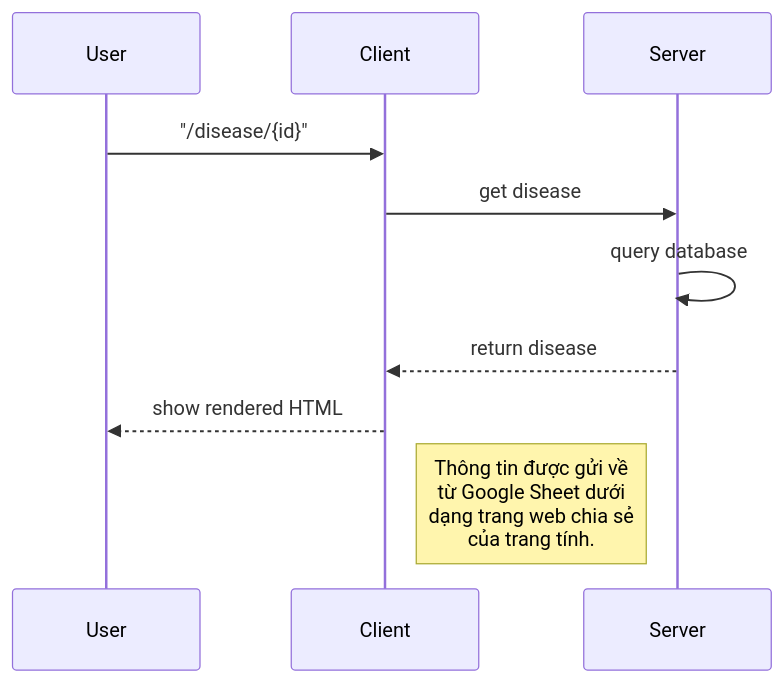
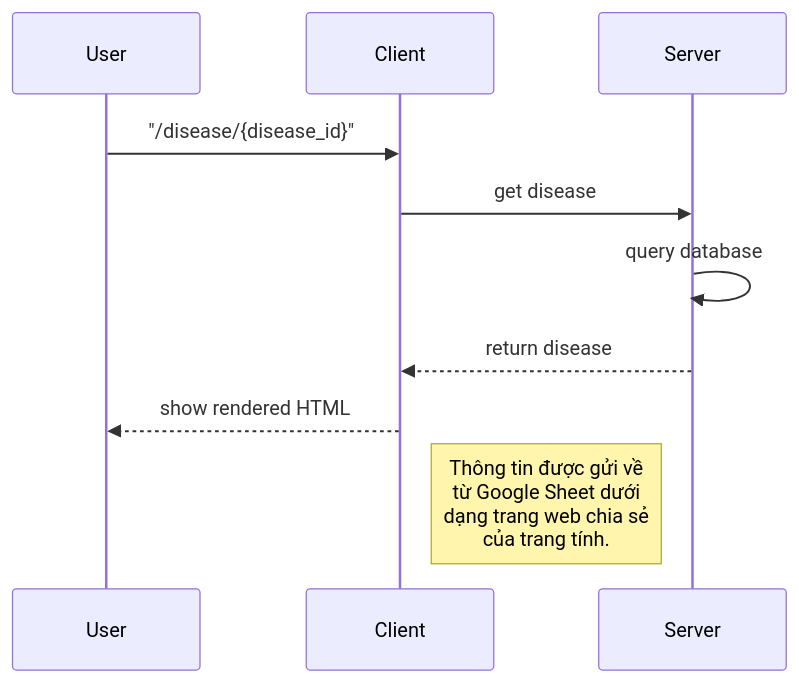
Diagram 13 of 20 in BE_README.md (itvkist/infectious-disease), drawn with Mermaid before and after one commit. The commit also changed other lines of this file, not shown here.

````diff
--- a/BE_README.md
+++ b/BE_README.md
@@ -484,9 +509,9 @@
 ```mermaid
 sequenceDiagram
-User ->> Client: "/disease/{id}"
+User ->> Client: "/disease/{disease_id}"
 Client ->> Server: get disease
 Server ->> Server: query database
 Server-->>Client: return disease
 Client -->> User: show rendered HTML
 Note right of Client: Thông tin được gửi về <br/> từ Google Sheet dưới <br/> dạng trang web chia sẻ <br/> của trang tính.
 ```
````
